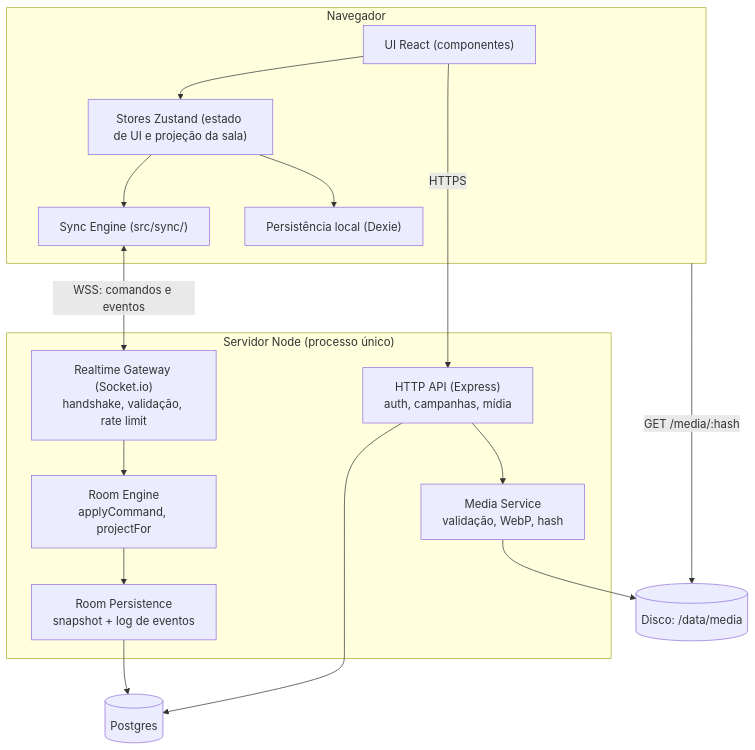
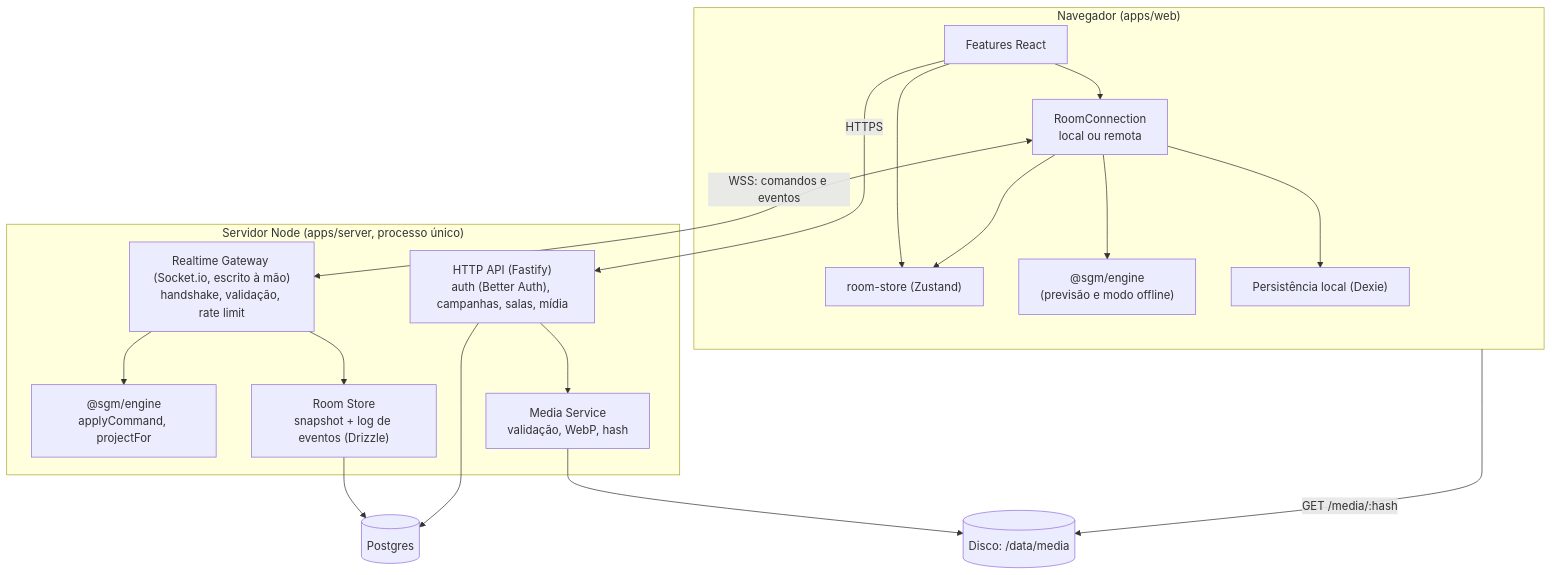
One commit to Prd225/Sistema-Gerenciador-de-Mesas--SGM- changed the first of 3 diagrams in docs/specs/system-design.md. Above: the diagram before and after it, drawn with Mermaid. The commit also changed other lines of this file and 11 other files, not shown here.

````diff
--- a/docs/specs/system-design.md
+++ b/docs/specs/system-design.md
@@ -58,29 +58,33 @@
 ```mermaid
 flowchart TB
-    subgraph Browser["Navegador"]
-        UI["UI React (componentes)"]
-        Stores["Stores Zustand (estado de UI e projeção da sala)"]
-        Sync["Sync Engine (src/sync/)"]
+    subgraph Browser["Navegador (apps/web)"]
+        UI["Features React"]
+        RS["room-store (Zustand)"]
+        Conn["RoomConnection<br/>local ou remota"]
+        EngC["@sgm/engine<br/>(previsão e modo offline)"]
         Local["Persistência local (Dexie)"]
-        UI --> Stores
-        Stores --> Sync
-        Stores --> Local
+        UI --> RS
+        UI --> Conn
+        Conn --> RS
+        Conn --> EngC
+        Conn --> Local
     end
 
-    subgraph Node["Servidor Node (processo único)"]
-        HTTP["HTTP API (Express)<br/>auth, campanhas, mídia"]
-        GW["Realtime Gateway (Socket.io)<br/>handshake, validação, rate limit"]
-        Engine["Room Engine<br/>applyCommand, projectFor"]
-        Persist["Room Persistence<br/>snapshot + log de eventos"]
+    subgraph Node["Servidor Node (apps/server, processo único)"]
+        HTTP["HTTP API (Fastify)<br/>auth (Better Auth), campanhas, salas, mídia"]
+        GW["Realtime Gateway (Socket.io, escrito à mão)<br/>handshake, validação, rate limit"]
+        Engine["@sgm/engine<br/>applyCommand, projectFor"]
+        Persist["Room Store<br/>snapshot + log de eventos (Drizzle)"]
         Media["Media Service<br/>validação, WebP, hash"]
-        GW --> Engine --> Persist
+        GW --> Engine
+        GW --> Persist
         HTTP --> Media
     end
 
-    Sync <-->|"WSS: comandos e eventos"| GW
+    Conn <-->|"WSS: comandos e eventos"| GW
     UI -->|"HTTPS"| HTTP
     Persist --> PG[("Postgres")]
     HTTP --> PG
     Media --> Disk[("Disco: /data/media")]
     Browser -->|"GET /media/:hash"| Disk
 ```
````
